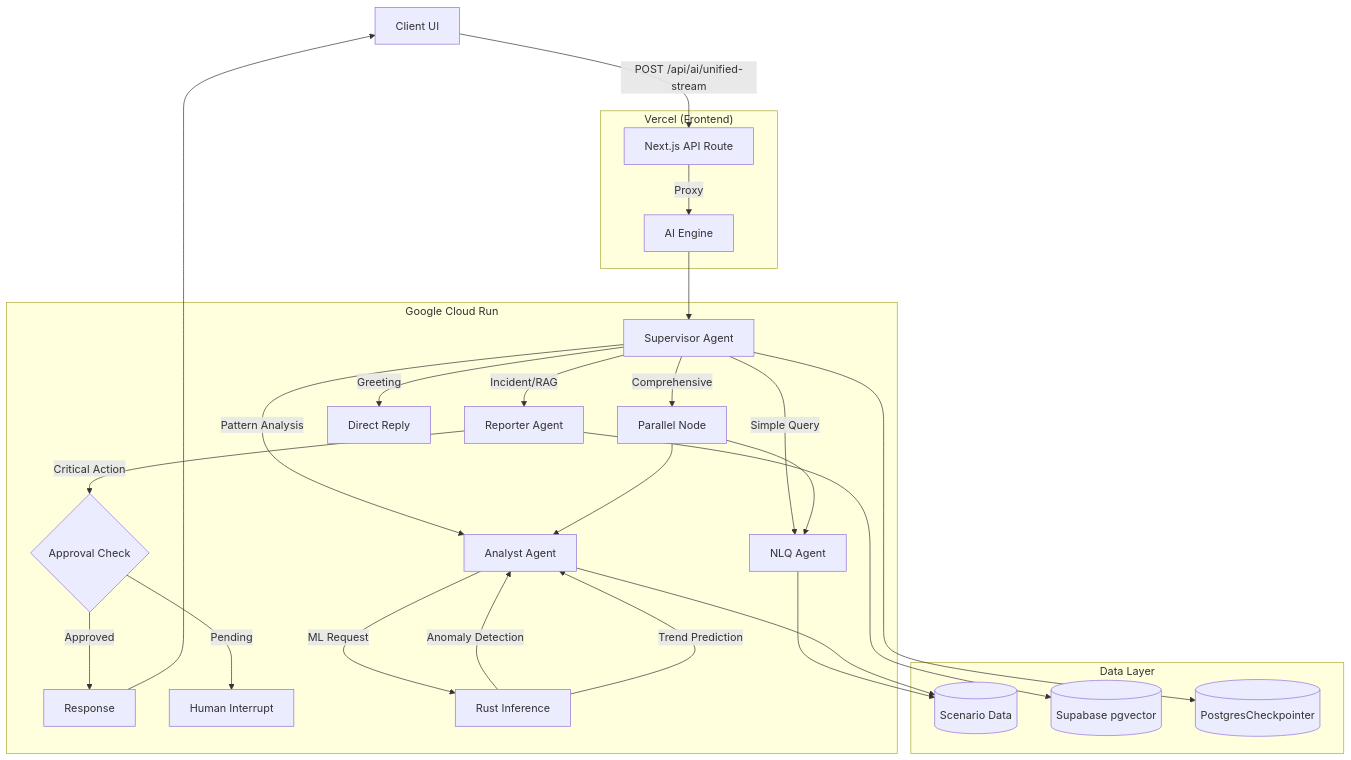
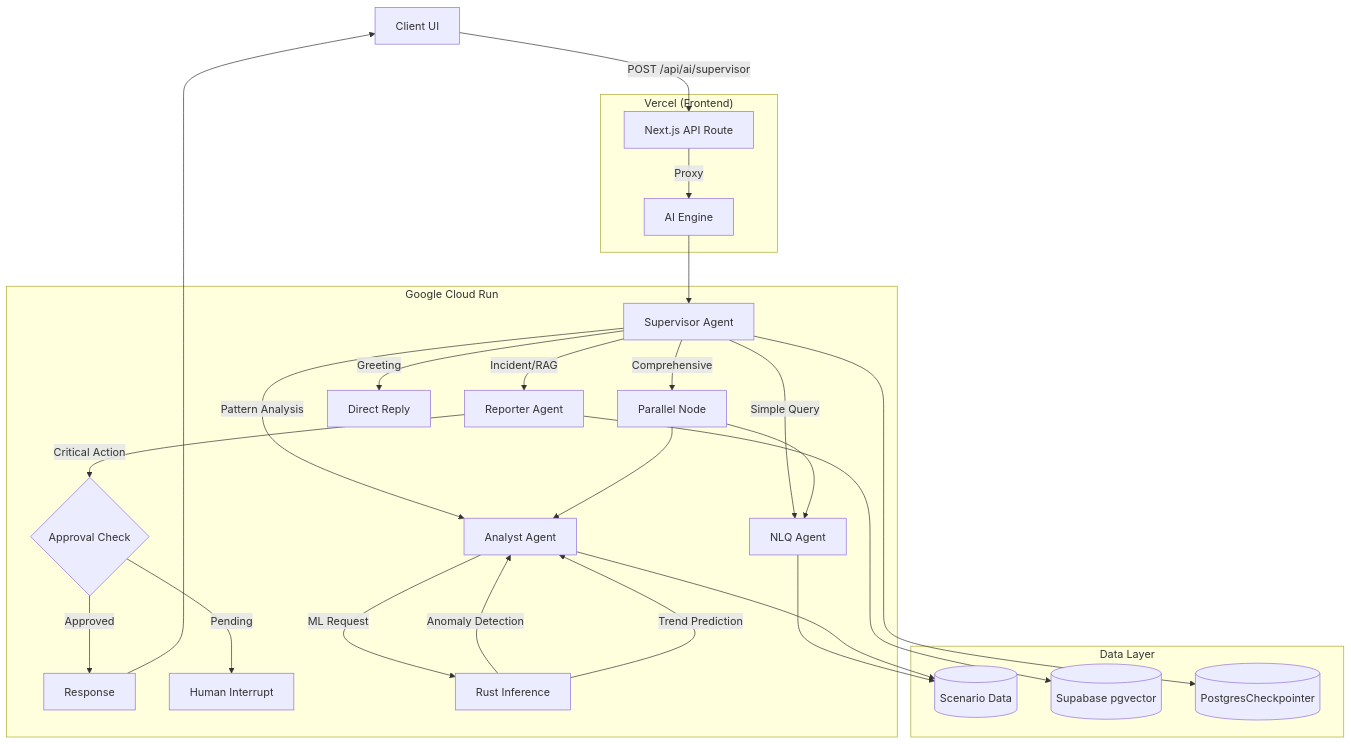
One commit to skyasu2/openmanager-vibe-v5 changed the diagram in docs/core/architecture/ai/ai-engine-architecture.md. Above: the diagram before and after it, drawn with Mermaid. The commit also changed other lines of this file and 12 other files, not shown here.

First line of the commit message:
docs: API 엔드포인트 마이그레이션 unified-stream → supervisor

````diff
--- a/docs/core/architecture/ai/ai-engine-architecture.md
+++ b/docs/core/architecture/ai/ai-engine-architecture.md
@@ -48,38 +48,38 @@
 ```mermaid
 graph TD
-    Client[Client UI] -->|POST /api/ai/unified-stream| API[Next.js API Route]
+    Client[Client UI] -->|POST /api/ai/supervisor| API[Next.js API Route]
 
     subgraph "Vercel (Frontend)"
         API -->|Proxy| CloudRun
     end
 
     subgraph "Google Cloud Run"
         CloudRun[AI Engine] --> Supervisor[Supervisor Agent]
 
         Supervisor -->|Simple Query| NLQ[NLQ Agent]
         Supervisor -->|Pattern Analysis| Analyst[Analyst Agent]
         Supervisor -->|Incident/RAG| Reporter[Reporter Agent]
         Supervisor -->|Comprehensive| Parallel[Parallel Node]
         Supervisor -->|Greeting| Direct[Direct Reply]
 
         Parallel --> NLQ
         Parallel --> Analyst
 
         Reporter -->|Critical Action| Approval{Approval Check}
         Approval -->|Approved| Response[Response]
         Approval -->|Pending| Interrupt[Human Interrupt]
 
         Analyst -->|ML Request| RustML[Rust Inference]
         RustML -->|Anomaly Detection| Analyst
         RustML -->|Trend Prediction| Analyst
     end
 
     subgraph "Data Layer"
         NLQ --> Metrics[(Scenario Data)]
         Analyst --> Metrics
         Reporter --> RAG[(Supabase pgvector)]
         Supervisor --> Checkpoint[(PostgresCheckpointer)]
     end
 
     Response --> Client
 ```
````
